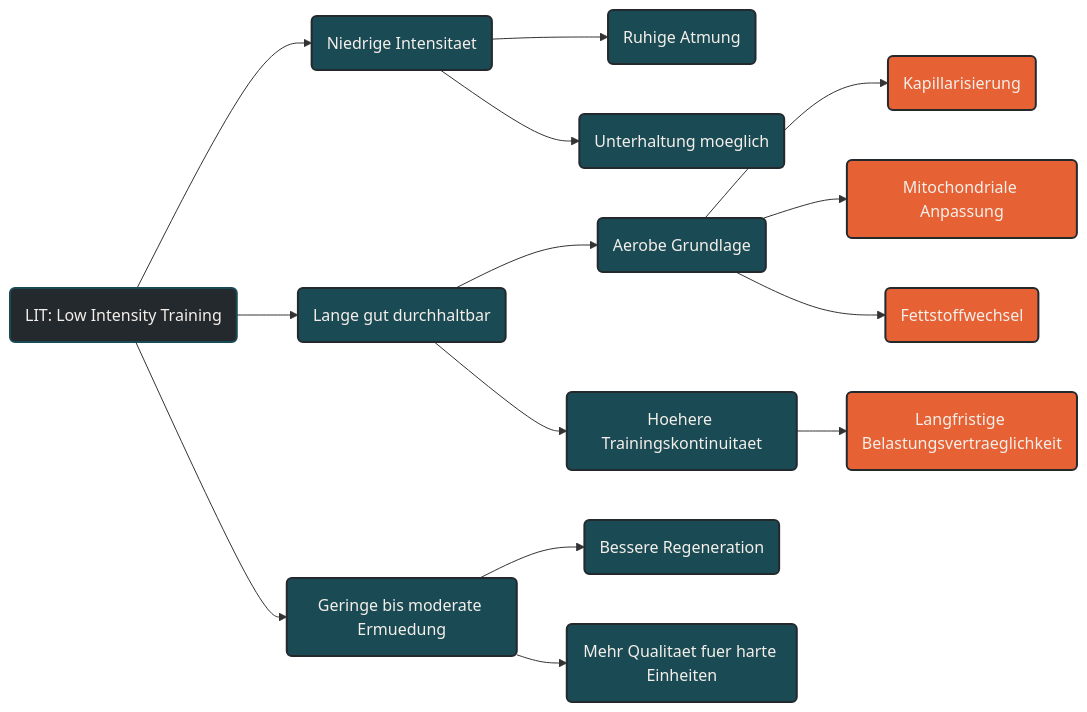
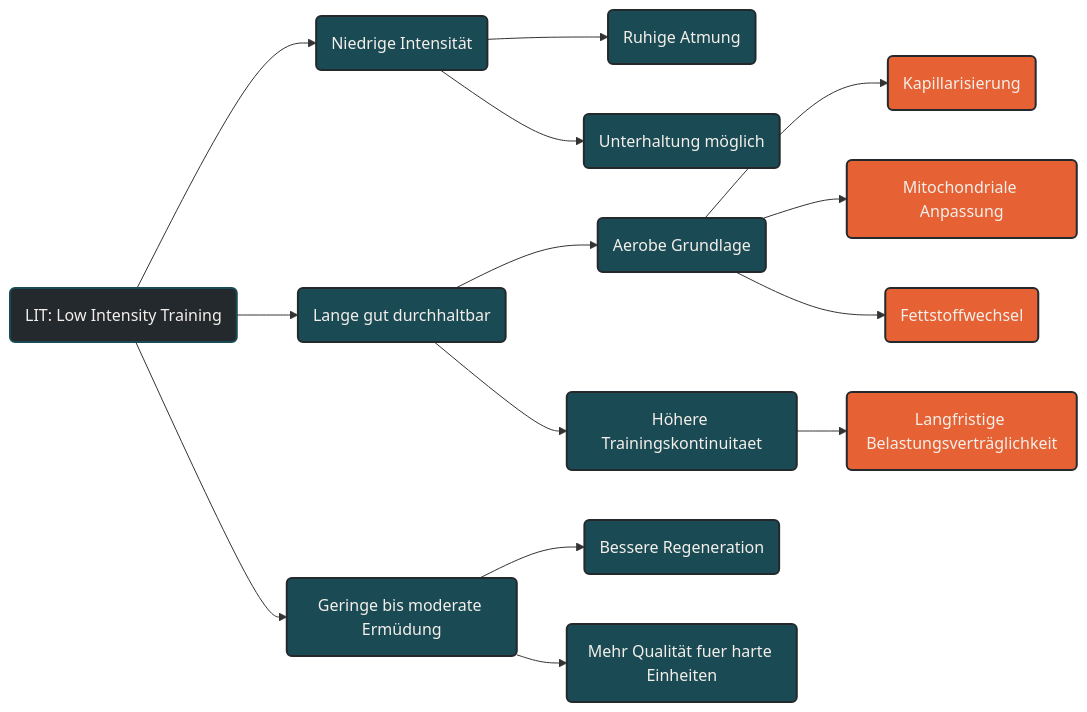
Before and after one commit to Quixos40K/ausdauersport-typemill: the diagram in content/00-ausdauersport/00-trainingswissenschaft/01-trainingsintensitaeten/01-low-intensity-training.md, drawn with Mermaid.

Commit message:
Fix German diacritics in low-intensity training chart

````diff
--- a/content/00-ausdauersport/00-trainingswissenschaft/01-trainingsintensitaeten/01-low-intensity-training.md
+++ b/content/00-ausdauersport/00-trainingswissenschaft/01-trainingsintensitaeten/01-low-intensity-training.md
@@ -55,28 +55,28 @@
 ```mermaid
 graph LR
-    A(LIT: Low Intensity Training) --> B(Niedrige Intensitaet)
+    A(LIT: Low Intensity Training) --> B(Niedrige Intensität)
     A --> C(Lange gut durchhaltbar)
-    A --> D(Geringe bis moderate Ermuedung)
+    A --> D(Geringe bis moderate Ermüdung)
 
     B --> E(Ruhige Atmung)
-    B --> F(Unterhaltung moeglich)
+    B --> F(Unterhaltung möglich)
     C --> G(Aerobe Grundlage)
-    C --> H(Hoehere Trainingskontinuitaet)
+    C --> H(Höhere Trainingskontinuitaet)
     D --> I(Bessere Regeneration)
-    D --> J(Mehr Qualitaet fuer harte Einheiten)
+    D --> J(Mehr Qualität fuer harte Einheiten)
 
     G --> K(Kapillarisierung)
     G --> L(Mitochondriale Anpassung)
     G --> M(Fettstoffwechsel)
-    H --> N(Langfristige Belastungsvertraeglichkeit)
+    H --> N(Langfristige Belastungsverträglichkeit)
 
     classDef default fill:#F4EFEA,stroke:#1A4B54,stroke-width:2px,color:#24292E;
     classDef primary fill:#1A4B54,stroke:#24292E,stroke-width:2px,color:#F4EFEA;
     classDef highlight fill:#E66133,stroke:#24292E,stroke-width:2px,color:#F4EFEA;
     classDef dark fill:#24292E,stroke:#1A4B54,stroke-width:2px,color:#F4EFEA;
 
     class A dark;
     class B,C,D primary;
     class E,F,G,H,I,J primary;
     class K,L,M,N highlight;
 ```
````
